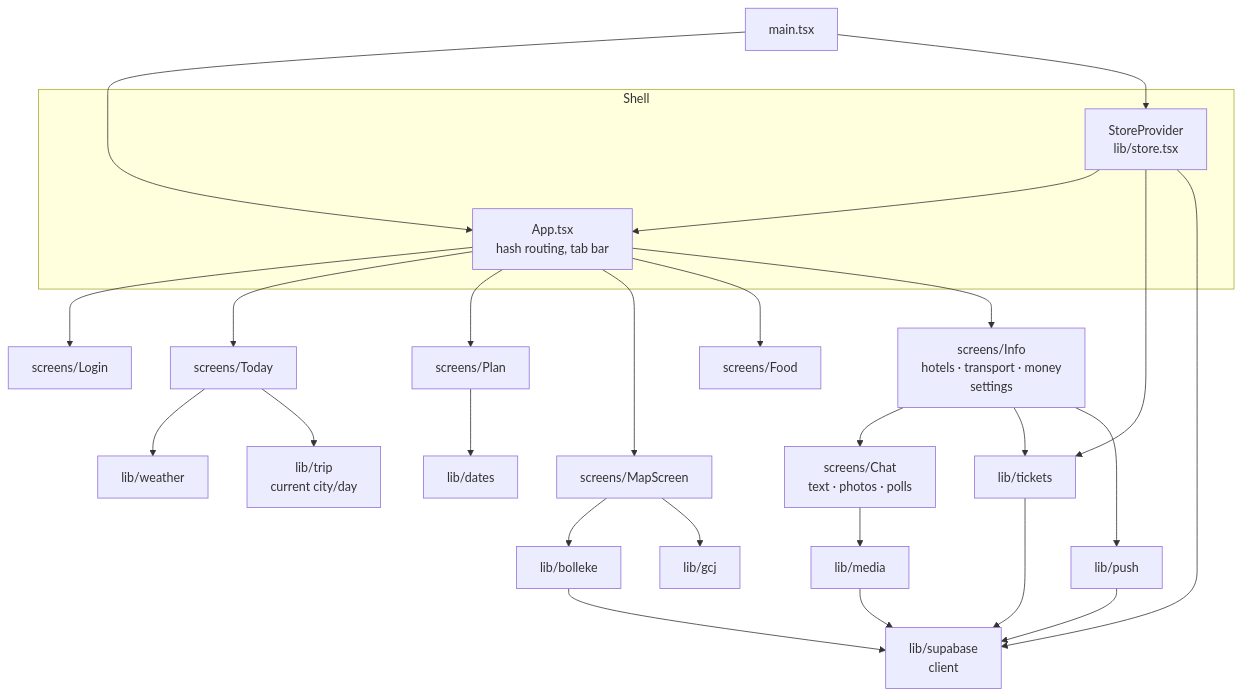
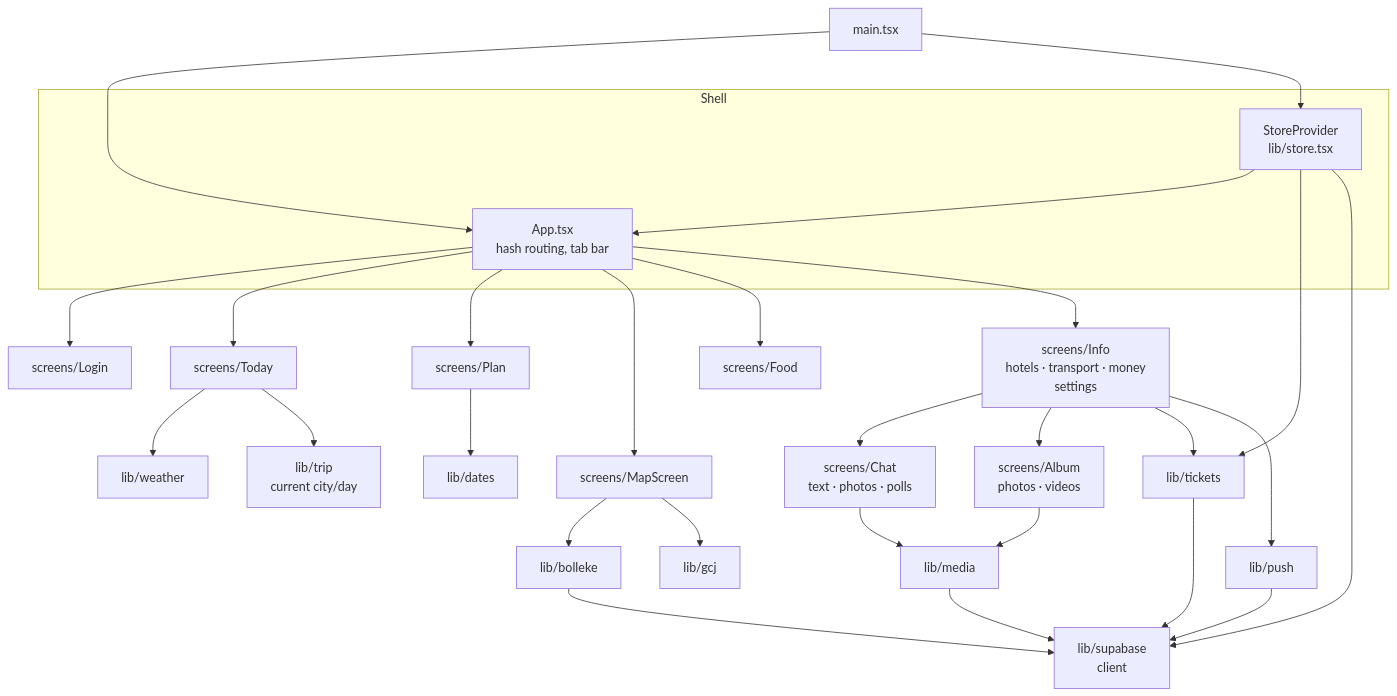
Before and after one commit to Pj-Cnudde98/burglars-in-china: the diagram in docs/frontend.md, drawn with Mermaid. The commit also changed other lines of this file and 13 other files, not shown here.

````diff
--- a/docs/frontend.md
+++ b/docs/frontend.md
@@ -7,32 +7,34 @@
 ```mermaid
 flowchart TB
     main["main.tsx"] --> App
     subgraph Shell
         App["App.tsx<br/>hash routing, tab bar"]
         Provider["StoreProvider<br/>lib/store.tsx"]
     end
     main --> Provider --> App
 
     App --> Login["screens/Login"]
     App --> Today["screens/Today"]
     App --> Plan["screens/Plan"]
     App --> Map["screens/MapScreen"]
     App --> Food["screens/Food"]
     App --> Info["screens/Info<br/>hotels · transport · money<br/>settings"]
     Info --> Chat["screens/Chat<br/>text · photos · polls"]
+    Info --> Album["screens/Album<br/>photos · videos"]
+    Album --> media
     Chat --> media["lib/media"]
     media --> sbc
 
     Today --> weather["lib/weather"]
     Map --> bolleke["lib/bolleke"]
     Map --> gcj["lib/gcj"]
     Info --> tickets["lib/tickets"]
     Info --> push["lib/push"]
     Provider --> tickets
     Provider --> sbc["lib/supabase<br/>client"]
     bolleke --> sbc
     push --> sbc
     tickets --> sbc
     Today --> trip["lib/trip<br/>current city/day"]
     Plan --> dates["lib/dates"]
 ```
````
